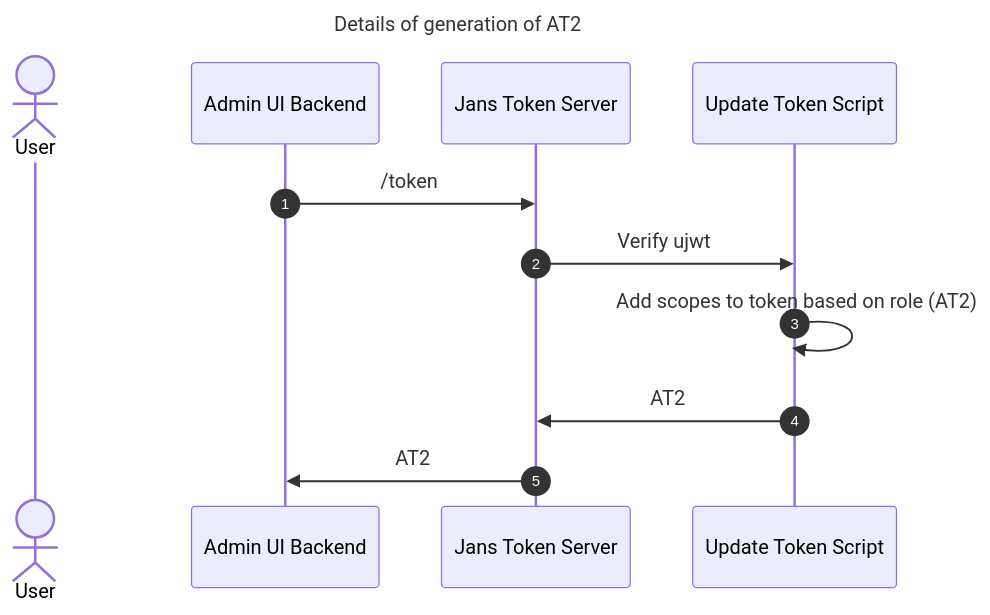
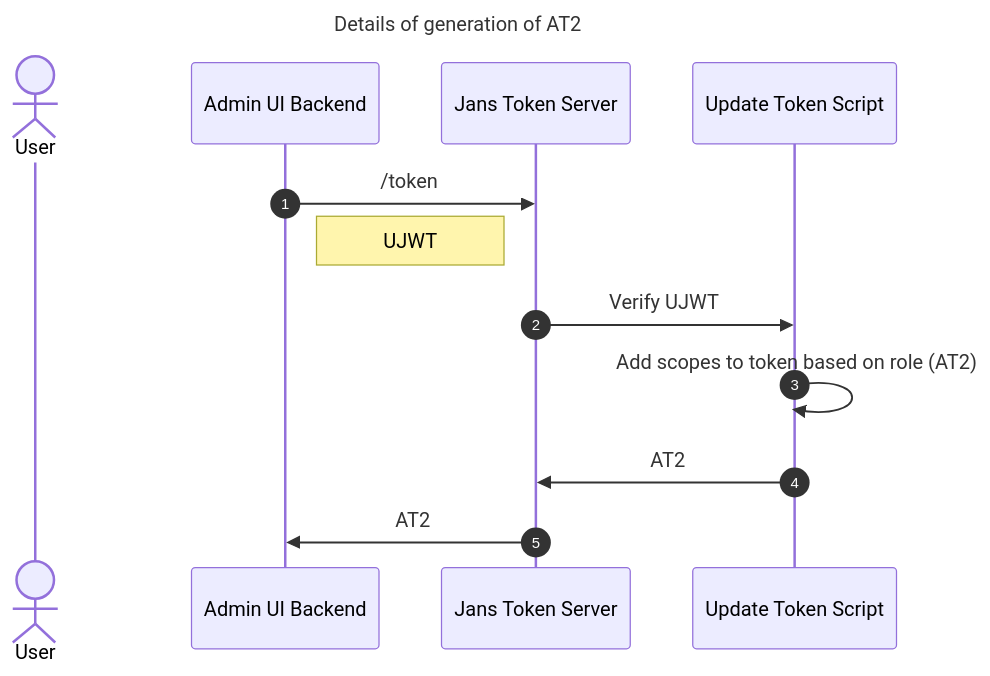
Before and after one commit to GluuFederation/flex: the fourth of 4 diagrams in docs/admin/admin-ui/auth-server-interaction.md, drawn with Mermaid. The commit also changed other lines of this file, not shown here.

````diff
--- a/docs/admin/admin-ui/auth-server-interaction.md
+++ b/docs/admin/admin-ui/auth-server-interaction.md
@@ -149,17 +149,18 @@
 ```mermaid
 
 sequenceDiagram
 title Details of generation of AT2
 autonumber
 actor User
 participant Backend as Admin UI Backend
 participant JansServer as Jans Token Server
 participant Script as Update Token Script
 
 Backend->>JansServer: /token
-JansServer->>Script: Verify ujwt
+Note right of Backend: UJWT
+JansServer->>Script: Verify UJWT
 Script->>Script: Add scopes to token based on role (AT2)
 Script->>JansServer: AT2
 JansServer->>Backend: AT2
 
 ```
````
